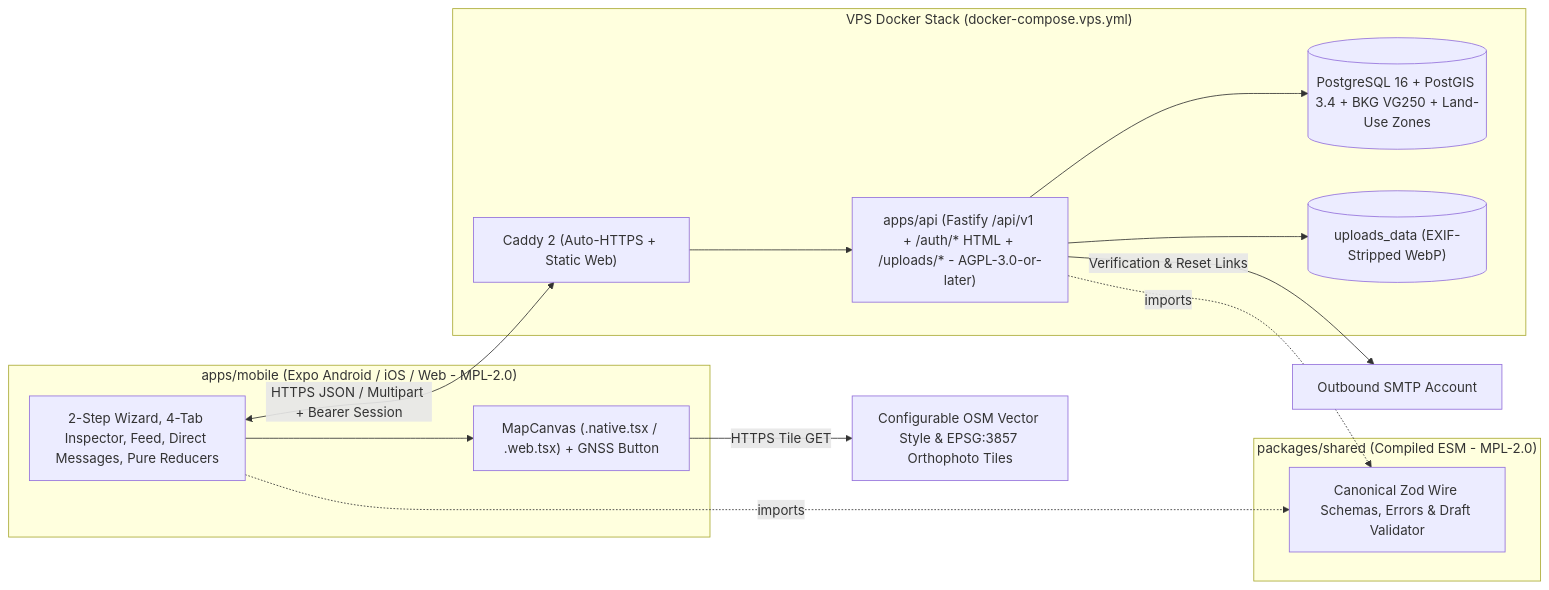
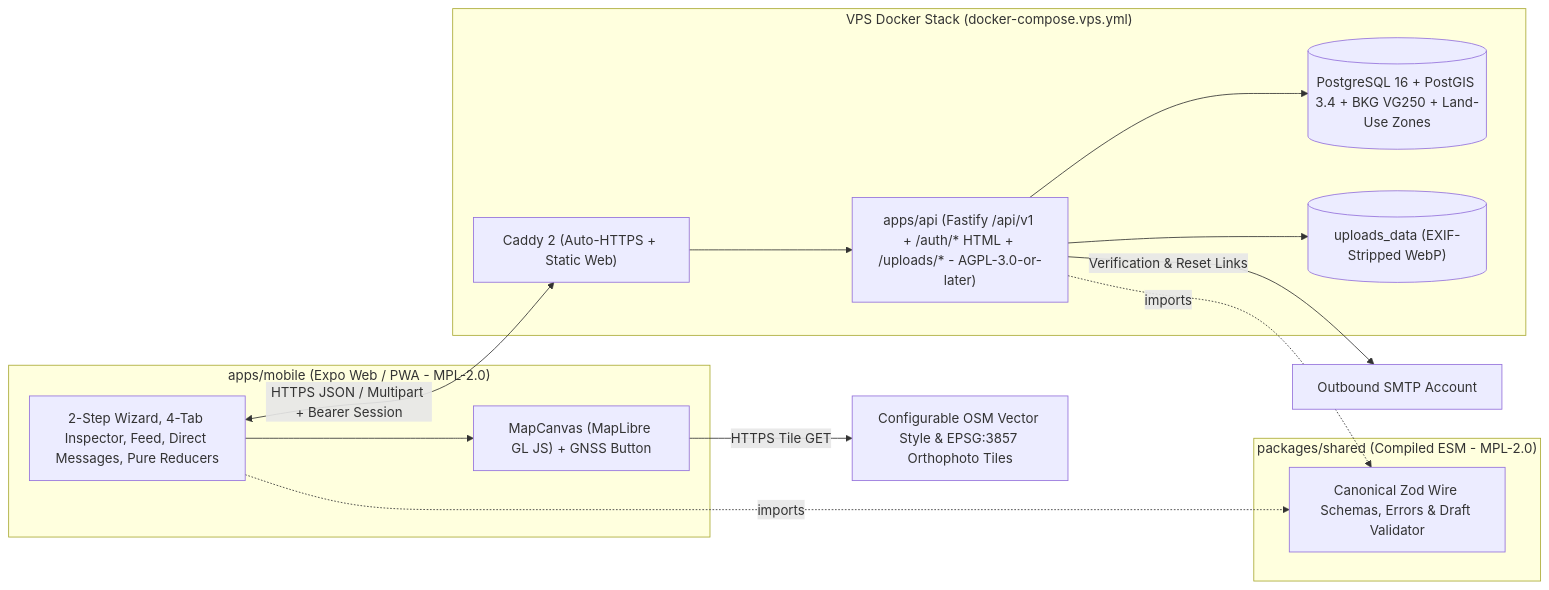
One commit to severinbro/Unseal changed the diagram in README.md. Above: the diagram before and after it, drawn with Mermaid. The commit also changed other lines of this file and 73 other files, not shown here.

Commit message:
chore(web): drop native mobile/APK builds, refine compliance copy, and bump to 1.1.0

````diff
--- a/README.md
+++ b/README.md
@@ -34,27 +34,27 @@
 ```mermaid
 flowchart LR
-  subgraph Client["apps/mobile (Expo Android / iOS / Web - MPL-2.0)"]
+  subgraph Client["apps/mobile (Expo Web / PWA - MPL-2.0)"]
     UI["2-Step Wizard, 4-Tab Inspector, Feed, Direct Messages, Pure Reducers"]
-    MC["MapCanvas (.native.tsx / .web.tsx) + GNSS Button"]
+    MC["MapCanvas (MapLibre GL JS) + GNSS Button"]
     UI --> MC
   end
   subgraph Shared["packages/shared (Compiled ESM - MPL-2.0)"]
     ZOD["Canonical Zod Wire Schemas, Errors & Draft Validator"]
   end
   subgraph VPS["VPS Docker Stack (docker-compose.vps.yml)"]
     PROXY["Caddy 2 (Auto-HTTPS + Static Web)"]
     API["apps/api (Fastify /api/v1 + /auth/* HTML + /uploads/* - AGPL-3.0-or-later)"]
     DB[("PostgreSQL 16 + PostGIS 3.4 + BKG VG250 + Land-Use Zones")]
     VOL[("uploads_data (EXIF-Stripped WebP)")]
     PROXY --> API
     API --> DB
     API --> VOL
   end
   SMTP["Outbound SMTP Account"]
   Tiles["Configurable OSM Vector Style & EPSG:3857 Orthophoto Tiles"]
   UI -. imports .-> ZOD
   API -. imports .-> ZOD
   UI <-->|"HTTPS JSON / Multipart + Bearer Session"| PROXY
   API -->|"Verification & Reset Links"| SMTP
   MC -->|"HTTPS Tile GET"| Tiles
 ```
````
